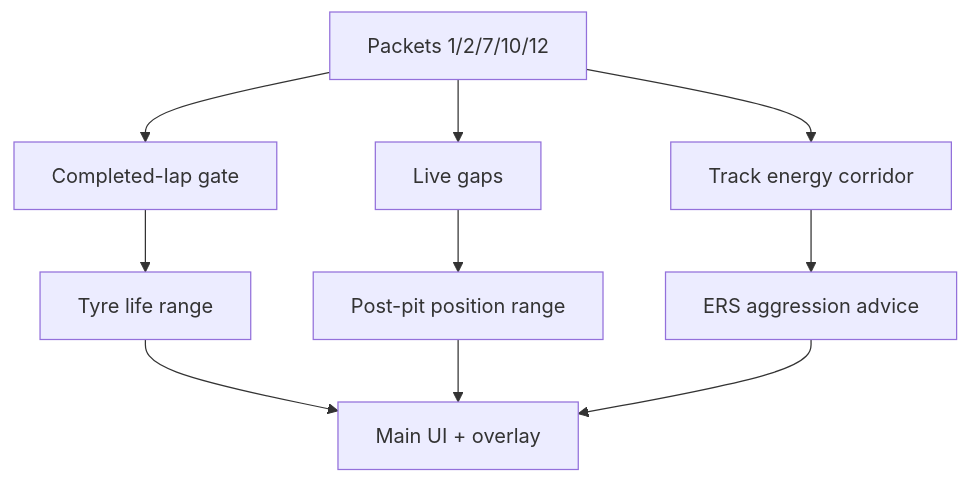
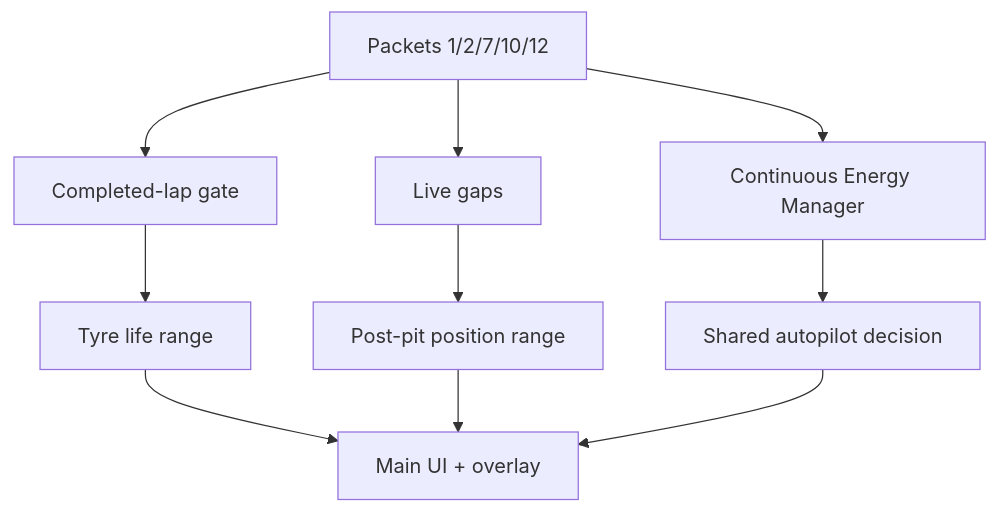
One commit to Ender168/F1_Telemetry_Lab changed the second of 3 diagrams in docs/ARCHITECTURE.md. Above: the diagram before and after it, drawn with Mermaid. The commit also changed other lines of this file and 21 other files, not shown here.

Commit message:
Add continuous ERS energy manager and modular overlay

````diff
--- a/docs/ARCHITECTURE.md
+++ b/docs/ARCHITECTURE.md
@@ -24,12 +24,12 @@
 ```mermaid
 flowchart TD
     P["Packets 1/2/7/10/12"] --> LAP["Completed-lap gate"]
     LAP --> TYRE["Tyre life range"]
     P --> GAP["Live gaps"]
     GAP --> PIT["Post-pit position range"]
-    P --> ENERGY["Track energy corridor"]
-    ENERGY --> ERS["ERS aggression advice"]
+    P --> ENERGY["Continuous Energy Manager"]
+    ENERGY --> ERS["Shared autopilot decision"]
     TYRE --> UI["Main UI + overlay"]
     PIT --> UI
     ERS --> UI
 ```
````
